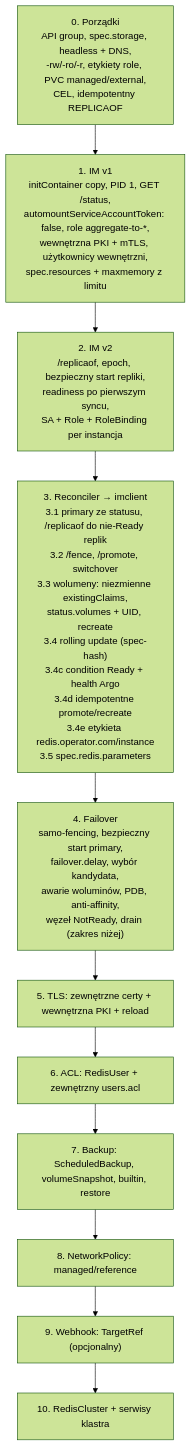
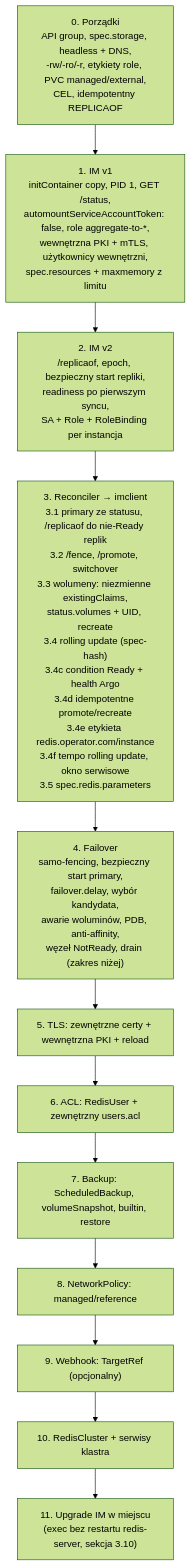
One commit to MrPickle311/redis-operator changed the ninth of 9 diagrams in redis-operator-master-plan.md. Above: the diagram before and after it, drawn with Mermaid (forest theme). The commit also changed other lines of this file and 1 other file, not shown here.

Commit message:
"Implement rolling updates for Redis Pods with spec hash-based tracking, ensuring safe switchover, and updating tests and documentation."

````diff
--- a/redis-operator-master-plan.md
+++ b/redis-operator-master-plan.md
@@ -904,15 +932,16 @@
 ```mermaid
 graph TD
     S0["0. Porządki<br/>API group, spec.storage, headless + DNS,<br/>-rw/-ro/-r, etykiety role, PVC managed/external,<br/>CEL, idempotentny REPLICAOF"]
     S1["1. IM v1<br/>initContainer copy, PID 1, GET /status,<br/>automountServiceAccountToken: false, role aggregate-to-*,<br/>wewnętrzna PKI + mTLS, użytkownicy wewnętrzni,<br/>spec.resources + maxmemory z limitu"]
     S2["2. IM v2<br/>/replicaof, epoch, bezpieczny start repliki,<br/>readiness po pierwszym syncu,<br/>SA + Role + RoleBinding per instancja"]
-    S3["3. Reconciler → imclient<br/>3.1 primary ze statusu, /replicaof do nie-Ready replik<br/>3.2 /fence, /promote, switchover<br/>3.3 wolumeny: niezmienne existingClaims,<br/>status.volumes + UID, recreate<br/>3.4 rolling update (spec-hash)<br/>3.4c condition Ready + health Argo<br/>3.4d idempotentne promote/recreate<br/>3.4e etykieta redis.operator.com/instance<br/>3.5 spec.redis.parameters"]
+    S3["3. Reconciler → imclient<br/>3.1 primary ze statusu, /replicaof do nie-Ready replik<br/>3.2 /fence, /promote, switchover<br/>3.3 wolumeny: niezmienne existingClaims,<br/>status.volumes + UID, recreate<br/>3.4 rolling update (spec-hash)<br/>3.4c condition Ready + health Argo<br/>3.4d idempotentne promote/recreate<br/>3.4e etykieta redis.operator.com/instance<br/>3.4f tempo rolling update, okno serwisowe<br/>3.5 spec.redis.parameters"]
     S4["4. Failover<br/>samo-fencing, bezpieczny start primary,<br/>failover.delay, wybór kandydata,<br/>awarie woluminów, PDB, anti-affinity,<br/>węzeł NotReady, drain (zakres niżej)"]
     S5["5. TLS: zewnętrzne certy + wewnętrzna PKI + reload"]
     S6["6. ACL: RedisUser + zewnętrzny users.acl"]
     S7["7. Backup: ScheduledBackup, volumeSnapshot, builtin, restore"]
     S8["8. NetworkPolicy: managed/reference"]
     S9["9. Webhook: TargetRef (opcjonalny)"]
     S10["10. RedisCluster + serwisy klastra"]
-    S0 --> S1 --> S2 --> S3 --> S4 --> S5 --> S6 --> S7 --> S8 --> S9 --> S10
+    S11["11. Upgrade IM w miejscu<br/>(exec bez restartu redis-server, sekcja 3.10)"]
+    S0 --> S1 --> S2 --> S3 --> S4 --> S5 --> S6 --> S7 --> S8 --> S9 --> S10 --> S11
 ```
````
